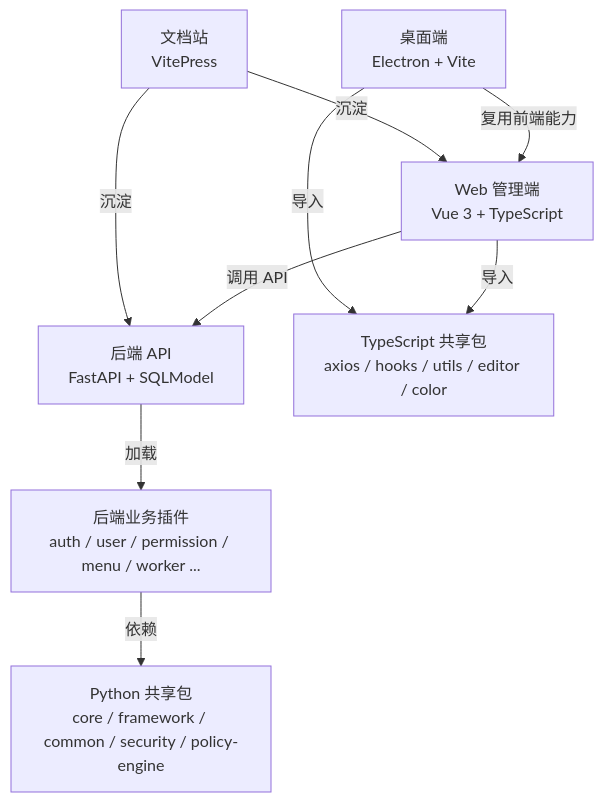
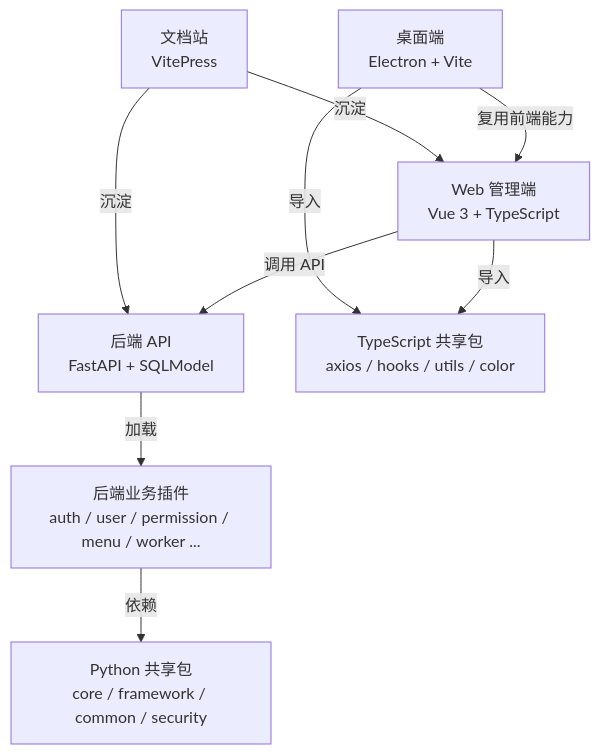
One commit to GJCoke/RapidKit changed the diagram in README.md. Above: the diagram before and after it, drawn with Mermaid. The commit also changed other lines of this file and 547 other files, not shown here.

````diff
--- a/README.md
+++ b/README.md
@@ -21,20 +21,20 @@
 ```mermaid
 flowchart TD
   Frontend[Web 管理端\nVue 3 + TypeScript]
   Desktop[桌面端\nElectron + Vite]
   Backend[后端 API\nFastAPI + SQLModel]
   Website[文档站\nVitePress]
 
-  TSPackages[TypeScript 共享包\naxios / hooks / utils / editor / color]
-  PyPackages[Python 共享包\ncore / framework / common / security / policy-engine]
+  TSPackages[TypeScript 共享包\naxios / hooks / utils / color]
+  PyPackages[Python 共享包\ncore / framework / common / security]
   Plugins[后端业务插件\nauth / user / permission / menu / worker ...]
 
   Frontend -->|调用 API| Backend
   Desktop -->|复用前端能力| Frontend
   Frontend -->|导入| TSPackages
   Desktop -->|导入| TSPackages
   Backend -->|加载| Plugins
   Plugins -->|依赖| PyPackages
   Website -->|沉淀| Backend
   Website -->|沉淀| Frontend
 ```
````
